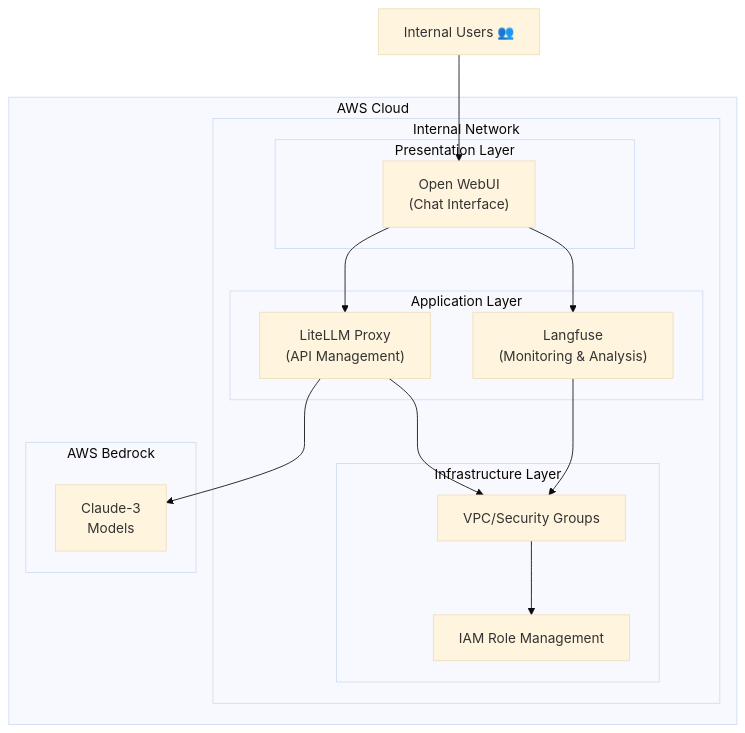
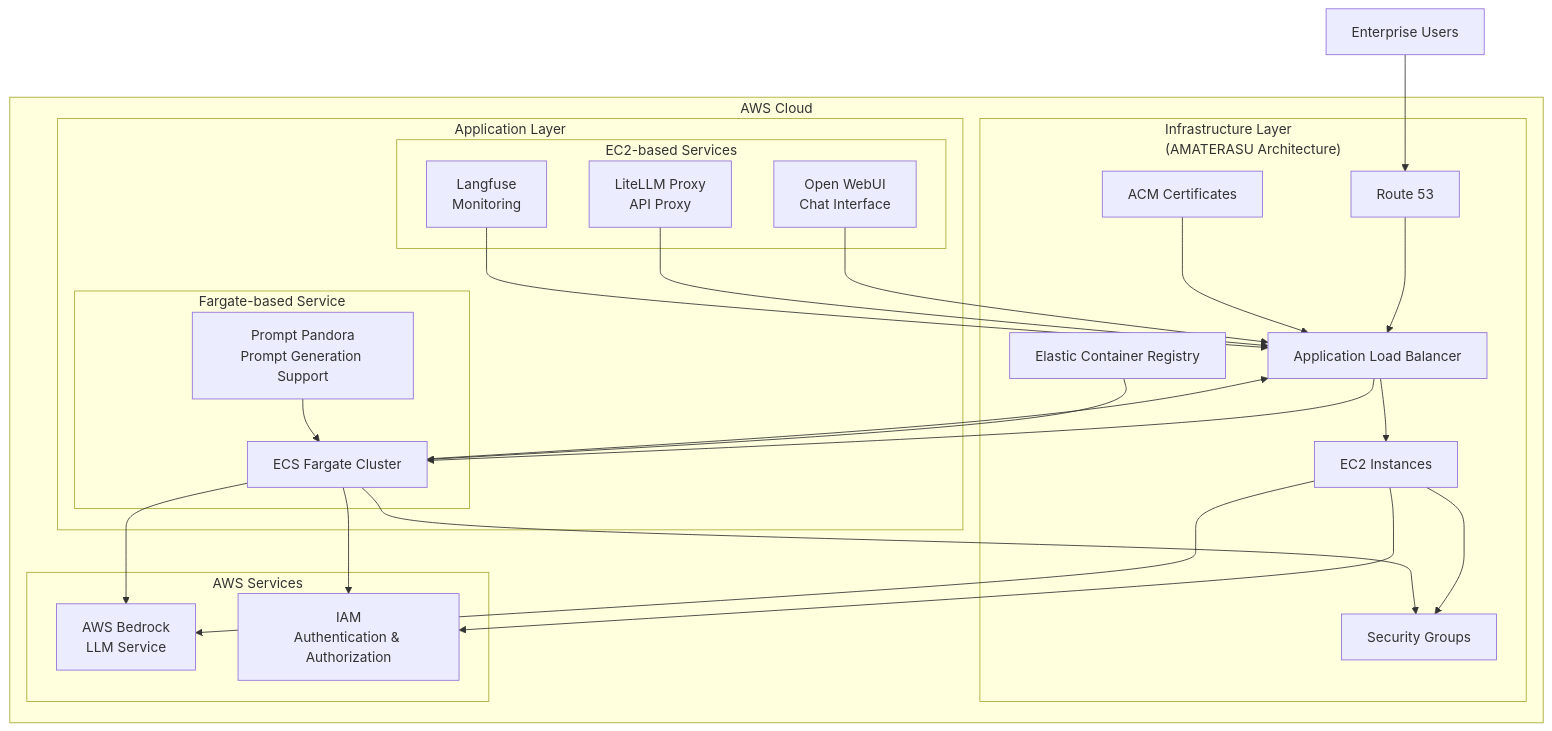
The diagram in docs/README.en.md (Sunwood-ai-labs/AMATERASU), drawn with Mermaid before and after one commit. The commit also changed other lines of this file, not shown here.

````diff
--- a/docs/README.en.md
+++ b/docs/README.en.md
@@ -74,34 +41,59 @@
 ```mermaid
-%%{init:{'theme':'base'}}%%
 graph TB
     subgraph "AWS Cloud"
-        subgraph "Internal Network"
-            subgraph "Presentation Layer"
-                WebUI["Open WebUI<br/>(Chat Interface)"]
+        subgraph "Application Layer"
+            subgraph "EC2-based Services"
+                OW["Open WebUI<br/>Chat Interface"]
+                LL["LiteLLM Proxy<br/>API Proxy"]
+                LF["Langfuse<br/>Monitoring"]
             end
             
-            subgraph "Application Layer"
-                LiteLLM["LiteLLM Proxy<br/>(API Management)"]
-                Langfuse["Langfuse<br/>(Monitoring & Analysis)"]
-            end
-            
-            subgraph "Infrastructure Layer"
-                VPC["VPC/Security Groups"]
-                IAM["IAM Role Management"]
+            subgraph "Fargate-based Service"
+                PP["Prompt Pandora<br/>Prompt Generation Support"]
+                ECS["ECS Fargate Cluster"]
             end
         end
-
-        subgraph "AWS Bedrock"
-            Claude3["Claude-3<br/>Models"]
+        
+        subgraph "Infrastructure Layer<br>(AMATERASU Architecture)"
+            ALB["Application Load Balancer"]
+            EC2["EC2 Instances"]
+            SG["Security Groups"]
+            R53["Route 53"]
+            ACM["ACM Certificates"]
+            ECR["Elastic Container Registry"]
         end
         
-        WebUI --> LiteLLM
-        WebUI --> Langfuse
-        LiteLLM --> VPC
-        Langfuse --> VPC
-        VPC --> IAM
-        LiteLLM --> Claude3
+        subgraph "AWS Services"
+            Bedrock["AWS Bedrock<br/>LLM Service"]
+            IAM["IAM<br/>Authentication & Authorization"]
+        end
+        
+        %% EC2ベースのサービスの接続
+        OW --> ALB
+        LL --> ALB
+        LF --> ALB
+        
+        %% Fargateベースのサービスの接続
+        PP --> ECS
+        ECS --> ALB
+        
+        %% インフラストラクチャの接続
+        ALB --> EC2
+        ALB --> ECS
+        EC2 --> SG
+        ECS --> SG
+        R53 --> ALB
+        ACM --> ALB
+        
+        %% コンテナイメージの流れ
+        ECR --> ECS
+        
+        %% AWS サービスとの接続
+        EC2 --> Bedrock
+        ECS --> Bedrock
+        EC2 --> IAM
+        ECS --> IAM
     end
 
-    Users["Internal Users 👥"] --> WebUI
+    Users["Enterprise Users"] --> R53
 ```
````
